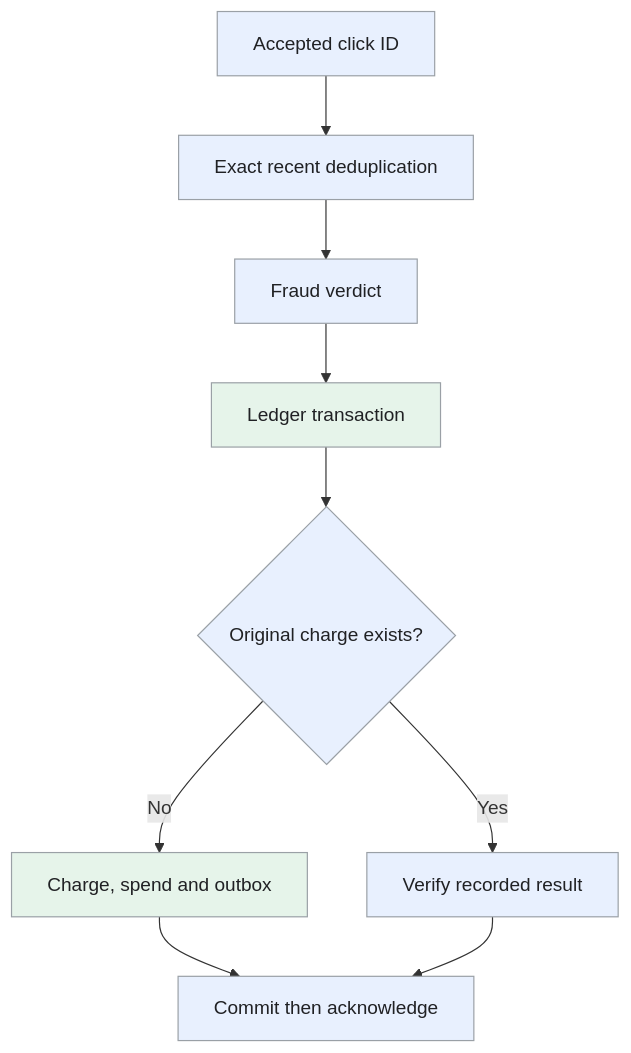
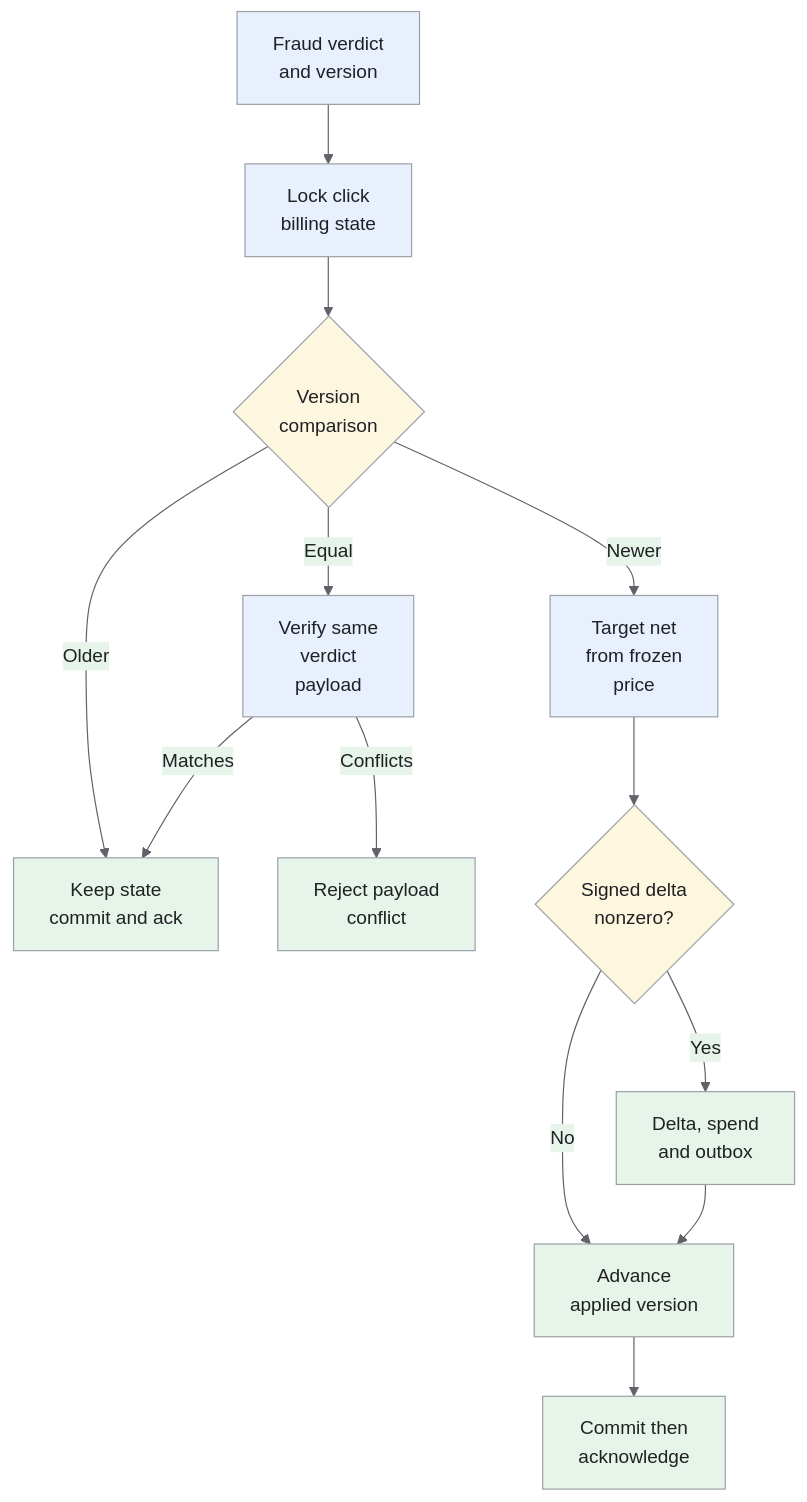
The fourth of 5 diagrams in _designs/system-design-ad-click-aggregator.md (iliazlobin/iliazlobin.github.io), drawn with Mermaid before and after one commit. The commit also changed other lines of this file and 116 other files, not shown here.

````diff
--- a/_designs/system-design-ad-click-aggregator.md
+++ b/_designs/system-design-ad-click-aggregator.md
@@ -266,16 +366,22 @@
 ```mermaid
+%%{init: {"theme":"base","themeVariables":{"primaryColor":"#e8f0fe","primaryBorderColor":"#9aa0a6","primaryTextColor":"#202124","secondaryColor":"#e6f4ea","tertiaryColor":"#fef7e0","lineColor":"#5f6368","actorBkg":"#e8f0fe","actorBorder":"#9aa0a6","actorTextColor":"#202124","noteBkgColor":"#fef7e0","noteBorderColor":"#9aa0a6","noteTextColor":"#202124","signalColor":"#5f6368","signalTextColor":"#202124"}}}%%
 flowchart TB
-  C["Accepted click ID"] --> D["Exact recent deduplication"]
-  D --> V["Fraud verdict"]
-  V --> T["Ledger transaction"]
-  T --> U{"Original charge exists?"}
-  U -->|"No"| N["Charge, spend and outbox"]
-  U -->|"Yes"| R["Verify recorded result"]
-  N --> A["Commit then acknowledge"]
-  R --> A
-  classDef request fill:#e8f0fe,stroke:#9aa0a6,color:#202124,stroke-width:1px
-  classDef background fill:#e6f4ea,stroke:#9aa0a6,color:#202124,stroke-width:1px
-  classDef control fill:#fef7e0,stroke:#9aa0a6,color:#202124,stroke-width:1px
-  class C,D,V,U,R,A request
-  class T,N background
+    V["Fraud verdict<br>and version"] --> L["Lock click<br>billing state"]
+    L --> N{"Version<br>comparison"}
+    N -->|"Older"| A["Keep state<br>commit and ack"]
+    N -->|"Equal"| Q["Verify same<br>verdict<br>payload"]
+    Q -->|"Matches"| A
+    Q -->|"Conflicts"| R["Reject payload<br>conflict"]
+    N -->|"Newer"| T["Target net<br>from frozen<br>price"]
+    T --> D{"Signed delta<br>nonzero?"}
+    D -->|"Yes"| E["Delta, spend<br>and outbox"]
+    D -->|"No"| S["Advance<br>applied version"]
+    E --> S
+    S --> C["Commit then<br>acknowledge"]
+    classDef request fill:#e8f0fe,stroke:#9aa0a6,color:#202124
+    classDef data fill:#e6f4ea,stroke:#9aa0a6,color:#202124
+    classDef control fill:#fef7e0,stroke:#9aa0a6,color:#202124
+    class V,L,T,Q request
+    class E,S,A,C,R data
+    class N,D control
 ```
````
